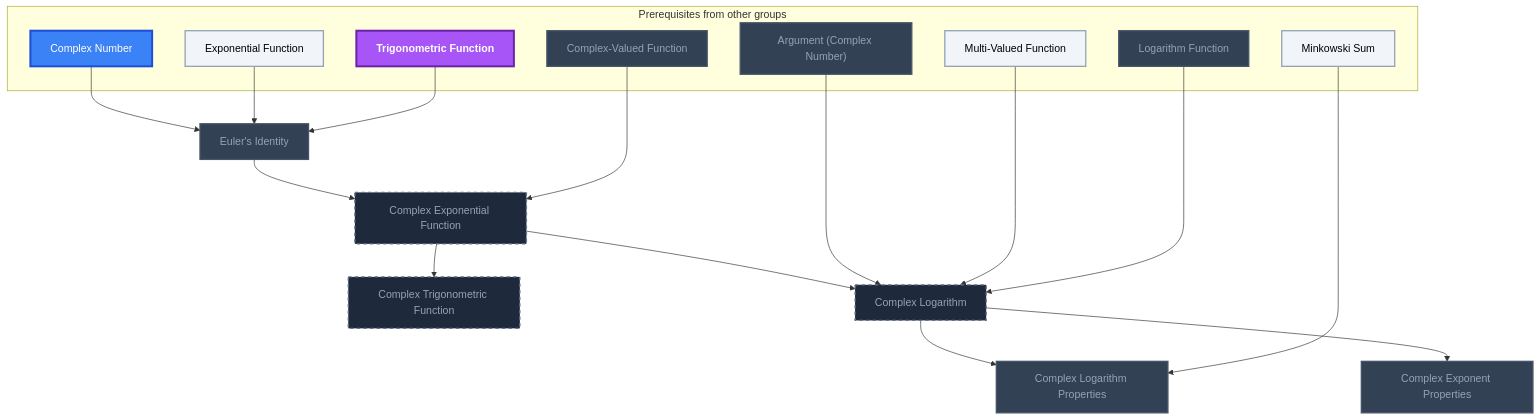
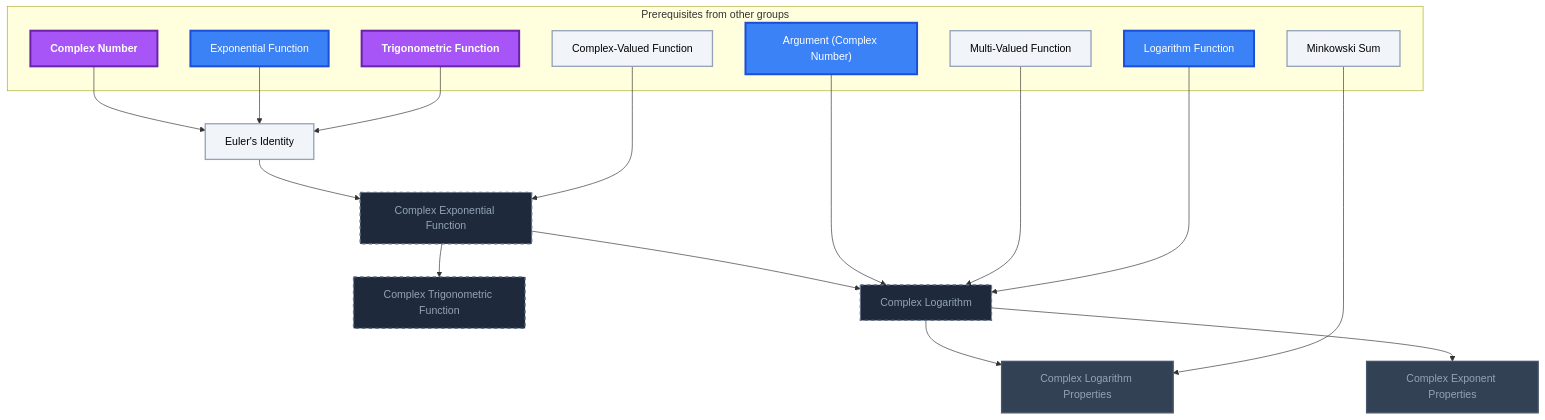
The fourth of 19 diagrams in Gamification/Skill Trees/Complex Analysis.md (MRauf1/My-Notes), drawn with Mermaid before and after one commit. The commit also changed other lines of this file and 145 other files, not shown here.

````diff
--- a/Gamification/Skill Trees/Complex Analysis.md
+++ b/Gamification/Skill Trees/Complex Analysis.md
@@ -143,47 +148,47 @@
 ```mermaid
 flowchart TD
     classDef planned fill:#1E293B,stroke:#64748B,stroke-width:2px,stroke-dasharray:5 5,color:#94A3B8;
     classDef locked fill:#334155,stroke:#475569,stroke-width:2px,color:#94A3B8;
     classDef L0 fill:#F1F5F9,stroke:#94A3B8,stroke-width:2px,color:#000000;
     classDef L1 fill:#22C55E,stroke:#15803D,stroke-width:2px,color:#000000;
     classDef L2 fill:#3B82F6,stroke:#1D4ED8,stroke-width:3px,color:#FFFFFF;
     classDef L3 fill:#A855F7,stroke:#6B21A8,stroke-width:3px,color:#FFFFFF,font-weight:bold;
     classDef L4 fill:#F97316,stroke:#C2410C,stroke-width:4px,color:#000000,font-weight:bold;
     classDef L5 fill:#FFD700,stroke:#FF8C00,stroke-width:5px,color:#000000,font-weight:bold;
     classDef rusty stroke:#8B4513,stroke-width:4px,stroke-dasharray:3 3;
     subgraph sg_prereqs["Prerequisites from other groups"]
         n_complex_number["Complex Number"]
         n_exponential_function["Exponential Function"]
         n_trigonometric_function["Trigonometric Function"]
         n_complex_valued_function["Complex-Valued Function"]
         n_argument_complex_number["Argument (Complex Number)"]
         n_multi_valued_function["Multi-Valued Function"]
         n_logarithm_function["Logarithm Function"]
         n_minkowski_sum["Minkowski Sum"]
     end
     n_euler_s_identity["Euler's Identity"]
     n_complex_exponential_function["Complex Exponential Function"]
     n_complex_trigonometric_function["Complex Trigonometric Function"]
     n_complex_logarithm["Complex Logarithm"]
     n_complex_logarithm_properties["Complex Logarithm Properties"]
     n_complex_exponent_properties["Complex Exponent Properties"]
     n_complex_number --> n_euler_s_identity
     n_exponential_function --> n_euler_s_identity
     n_trigonometric_function --> n_euler_s_identity
     n_euler_s_identity --> n_complex_exponential_function
     n_complex_valued_function --> n_complex_exponential_function
     n_complex_exponential_function --> n_complex_trigonometric_function
     n_complex_exponential_function --> n_complex_logarithm
     n_argument_complex_number --> n_complex_logarithm
     n_multi_valued_function --> n_complex_logarithm
     n_logarithm_function --> n_complex_logarithm
     n_complex_logarithm --> n_complex_logarithm_properties
     n_minkowski_sum --> n_complex_logarithm_properties
     n_complex_logarithm --> n_complex_exponent_properties
     class n_complex_exponential_function,n_complex_trigonometric_function,n_complex_logarithm planned;
-    class n_complex_valued_function,n_argument_complex_number,n_logarithm_function,n_euler_s_identity,n_complex_logarithm_properties,n_complex_exponent_properties locked;
-    class n_exponential_function,n_multi_valued_function,n_minkowski_sum L0;
-    class n_complex_number L2;
-    class n_trigonometric_function L3;
+    class n_complex_logarithm_properties,n_complex_exponent_properties locked;
+    class n_complex_valued_function,n_multi_valued_function,n_minkowski_sum,n_euler_s_identity L0;
+    class n_exponential_function,n_argument_complex_number,n_logarithm_function L2;
+    class n_complex_number,n_trigonometric_function L3;
     class n_complex_number,n_exponential_function,n_trigonometric_function,n_complex_valued_function,n_argument_complex_number,n_multi_valued_function,n_logarithm_function,n_minkowski_sum,n_euler_s_identity,n_complex_logarithm_properties,n_complex_exponent_properties internal-link;
 ```
````
